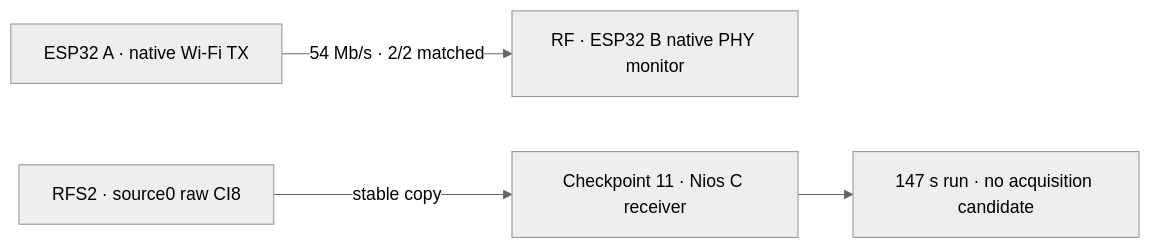
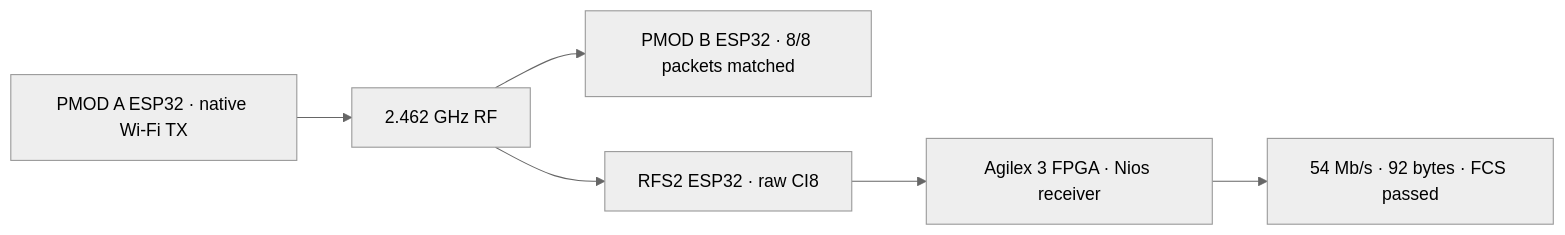
One commit to AEW2015/altera_examples changed the first of 2 diagrams in esp32_agilex3_iq/README.md. Above: the diagram before and after it, drawn with Mermaid (neutral theme). The commit also changed other lines of this file and 19 other files, not shown here.

Commit message:
Decode native Wi-Fi 64-QAM OTA on Nios and display real constellation

````diff
--- a/esp32_agilex3_iq/README.md
+++ b/esp32_agilex3_iq/README.md
@@ -18,6 +18,8 @@
 ```mermaid
 flowchart LR
-  A[ESP32 A · native Wi-Fi TX] -->|54 Mb/s · 2/2 matched| B[RF · ESP32 B native PHY monitor]
-  C[RFS2 · source0 raw CI8] -->|stable copy| D[Checkpoint 11 · Nios C receiver]
-  D --> E[147 s run · no acquisition candidate]
+  A[PMOD A ESP32 · native Wi-Fi TX] --> R[2.462 GHz RF]
+  R --> B[PMOD B ESP32 · 8/8 packets matched]
+  R --> C[RFS2 ESP32 · raw CI8]
+  C --> D[Agilex 3 FPGA · Nios receiver]
+  D --> E[54 Mb/s · 92 bytes · FCS passed]
 ```
````
